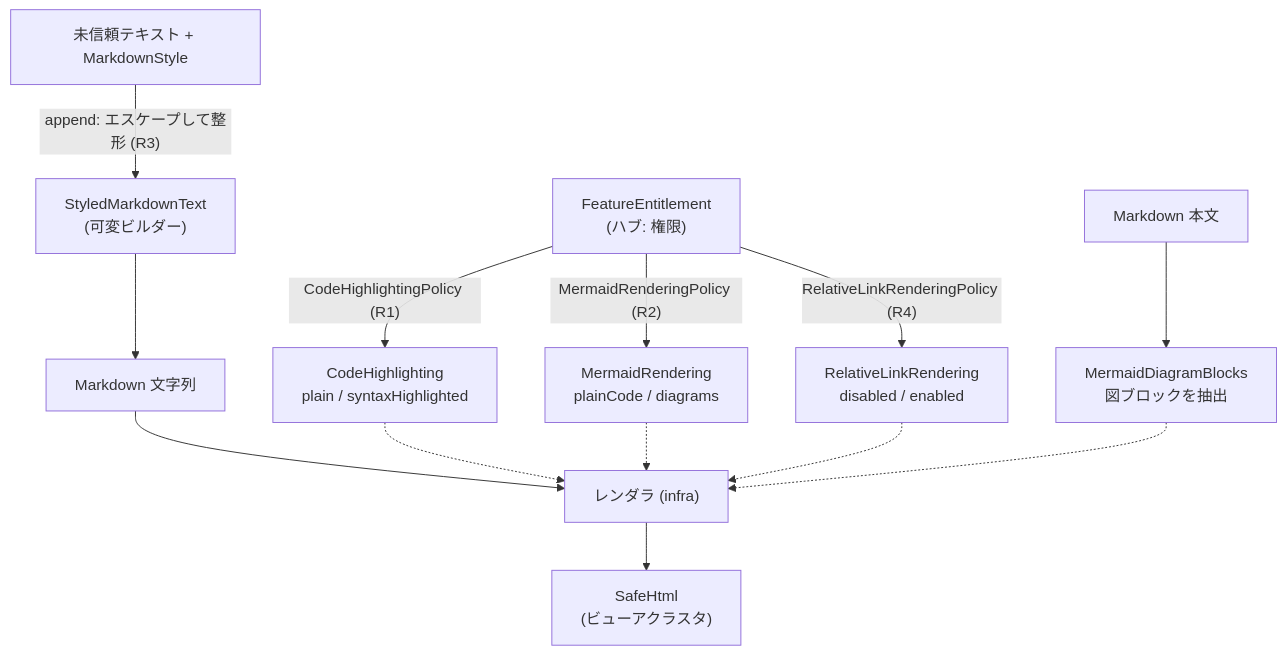
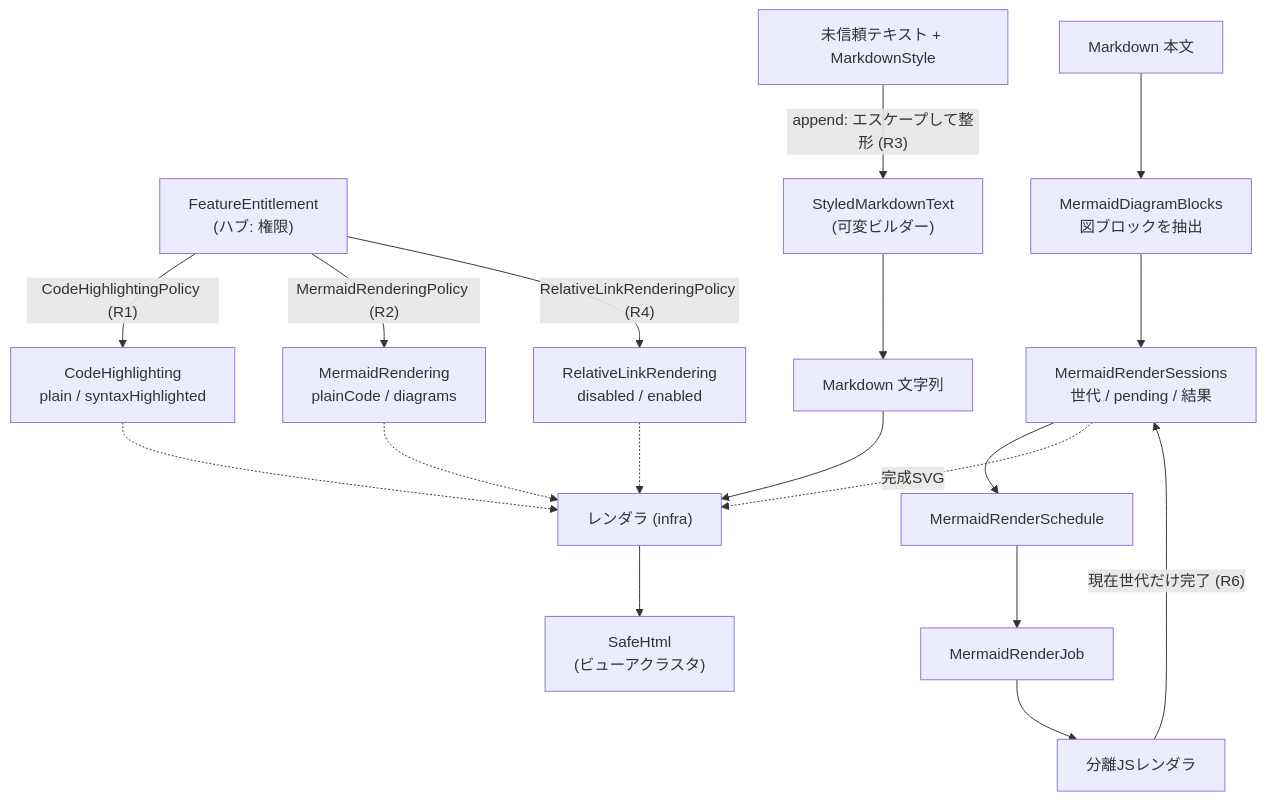
Before and after one commit to Yos-K/localmd-reader: the diagram in docs/domain/domain-glossary-rendering.md, drawn with Mermaid. The commit also changed other lines of this file and 17 other files, not shown here.

````diff
--- a/docs/domain/domain-glossary-rendering.md
+++ b/docs/domain/domain-glossary-rendering.md
@@ -15,19 +15,24 @@
 ```mermaid
 flowchart TD
     Ent["FeatureEntitlement<br/>(ハブ: 権限)"]
     Ent -->|"CodeHighlightingPolicy (R1)"| Code["CodeHighlighting<br/>plain / syntaxHighlighted"]
     Ent -->|"MermaidRenderingPolicy (R2)"| Mer["MermaidRendering<br/>plainCode / diagrams"]
     Ent -->|"RelativeLinkRenderingPolicy (R4)"| Rel["RelativeLinkRendering<br/>disabled / enabled"]
 
     Text["未信頼テキスト + MarkdownStyle"]
     Text -->|"append: エスケープして整形 (R3)"| Styled["StyledMarkdownText<br/>(可変ビルダー)"]
     Styled --> MdOut["Markdown 文字列"]
     Md["Markdown 本文"] --> Blocks["MermaidDiagramBlocks<br/>図ブロックを抽出"]
+    Blocks --> Sessions["MermaidRenderSessions<br/>世代 / pending / 結果"]
+    Sessions --> Schedule["MermaidRenderSchedule"]
+    Schedule --> Job["MermaidRenderJob"]
+    Job --> Isolated["分離JSレンダラ"]
+    Isolated -->|"現在世代だけ完了 (R6)"| Sessions
 
     MdOut --> Render["レンダラ (infra)"]
     Code -.-> Render
     Mer -.-> Render
     Rel -.-> Render
-    Blocks -.-> Render
+    Sessions -.->|"完成SVG"| Render
     Render --> Safe["SafeHtml<br/>(ビューアクラスタ)"]
 ```
````
